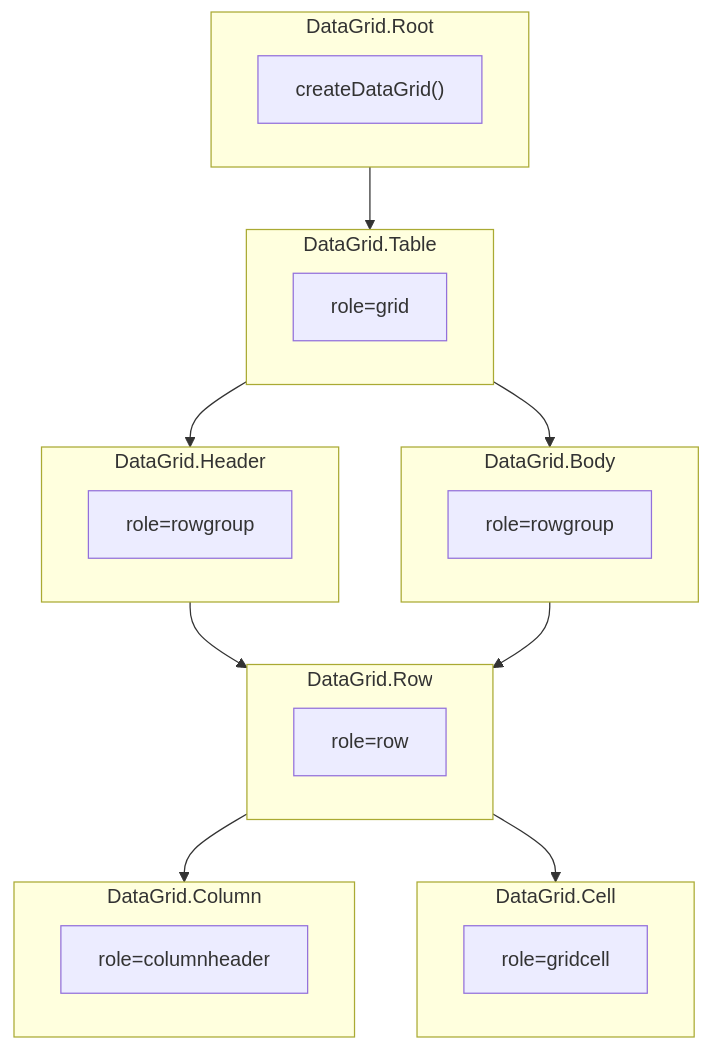
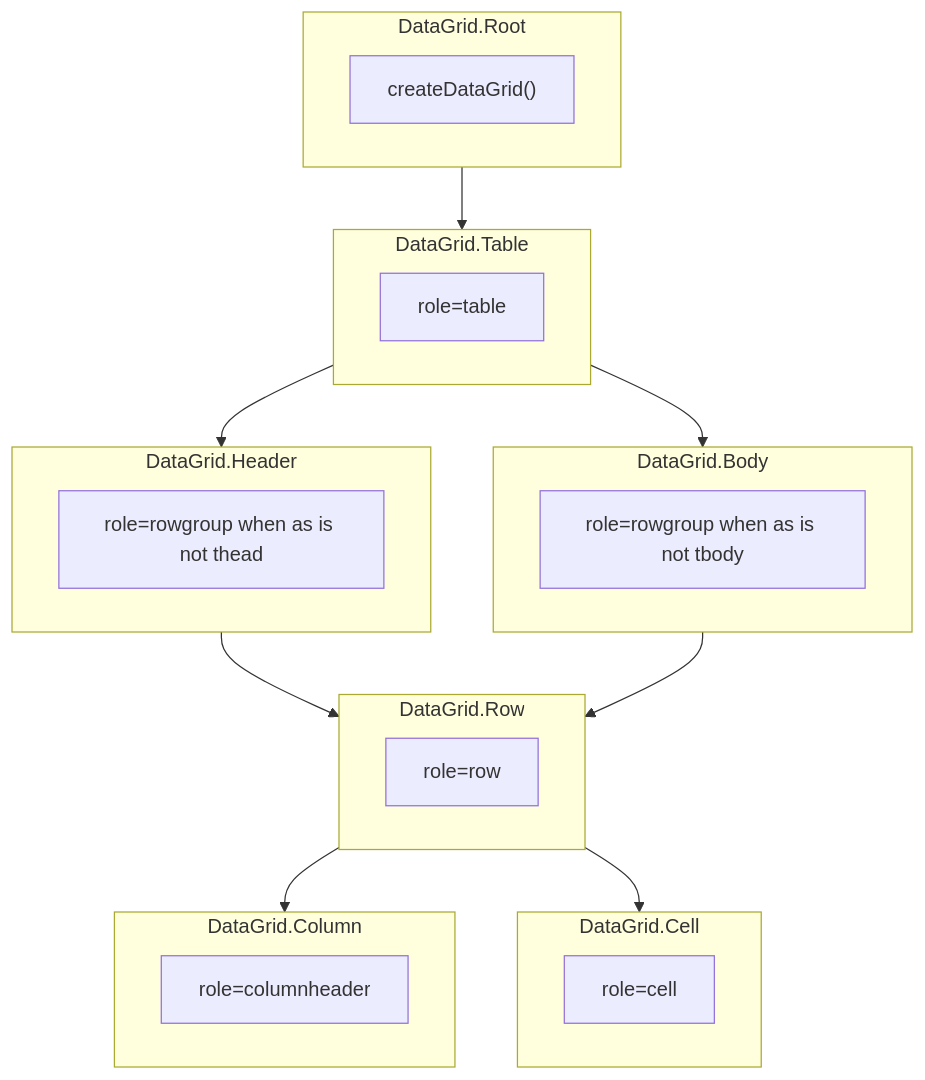
The diagram in apps/docs/src/pages/components/data/data-grid.md (vuetifyjs/0), drawn with Mermaid before and after one commit. The commit also changed other lines of this file and 21 other files, not shown here.

First line of the commit message:
fix(DataGrid): self-register rows, table roles, and layout zip

````diff
--- a/apps/docs/src/pages/components/data/data-grid.md
+++ b/apps/docs/src/pages/components/data/data-grid.md
@@ -80,38 +79,38 @@
 ```mermaid "DataGrid Context"
 flowchart TD
   subgraph Root["DataGrid.Root"]
     Context["createDataGrid()"]
   end
 
   subgraph Table["DataGrid.Table"]
-    role["role=grid"]
+    role["role=table"]
   end
 
   subgraph Header["DataGrid.Header"]
-    HeaderRole["role=rowgroup"]
+    HeaderRole["role=rowgroup when as is not thead"]
   end
 
   subgraph Body["DataGrid.Body"]
-    BodyRole["role=rowgroup"]
+    BodyRole["role=rowgroup when as is not tbody"]
   end
 
   subgraph Row["DataGrid.Row"]
     RowRole["role=row"]
   end
 
   subgraph Column["DataGrid.Column"]
     ColRole["role=columnheader"]
   end
 
   subgraph Cell["DataGrid.Cell"]
-    CellRole["role=gridcell"]
+    CellRole["role=cell"]
   end
 
   Root --> Table
   Table --> Header
   Table --> Body
   Header --> Row
   Body --> Row
   Row --> Column
   Row --> Cell
 ```
````
